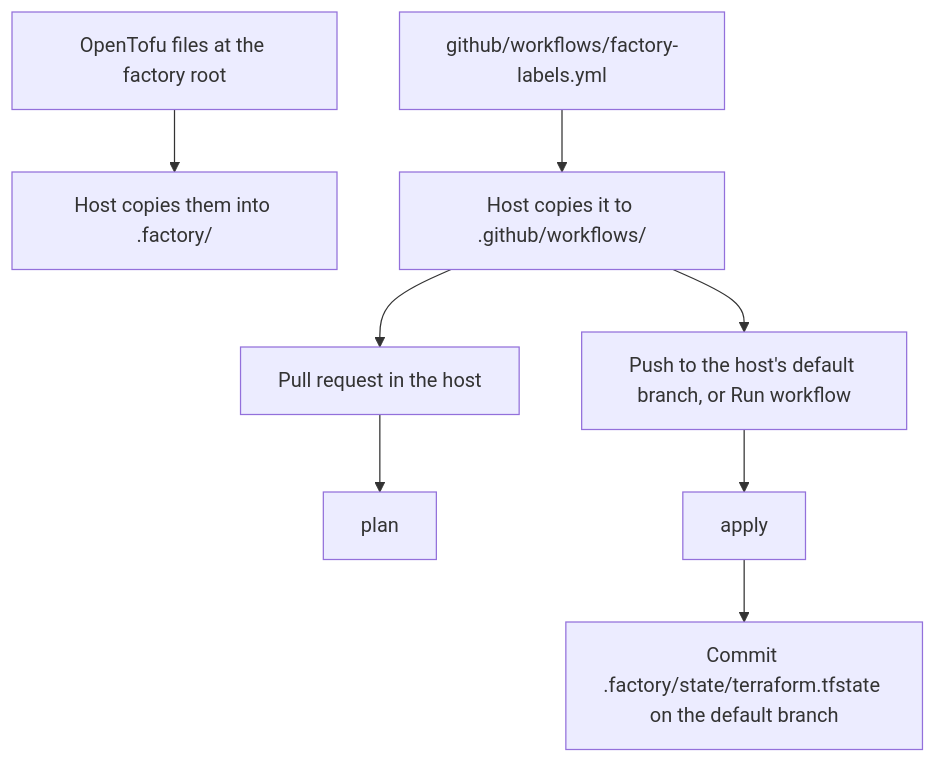
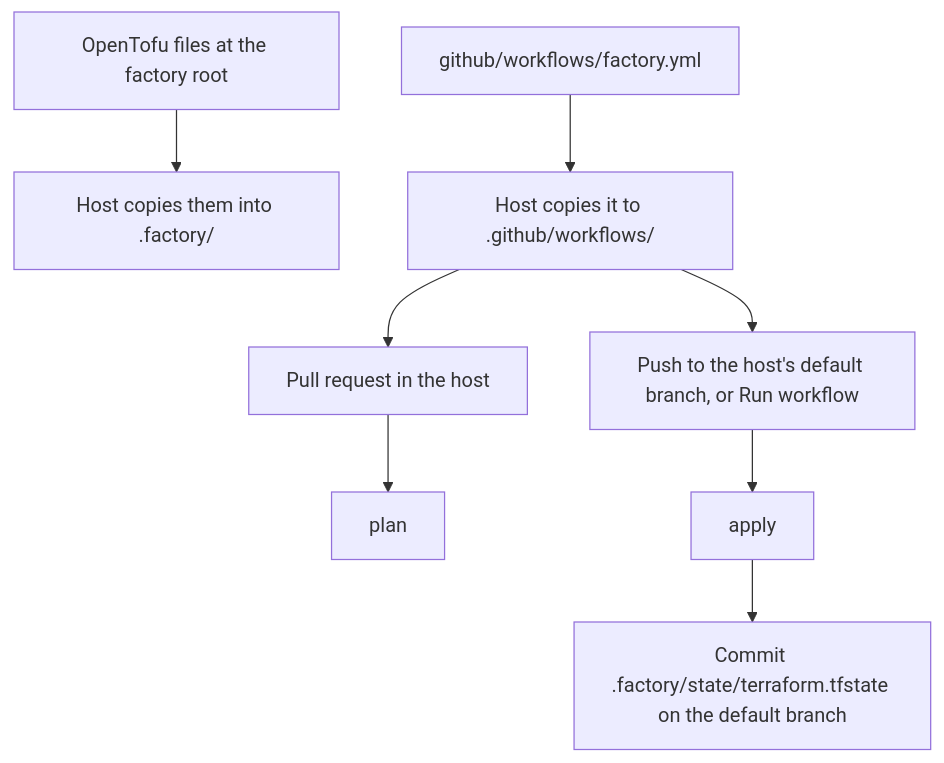
Before and after one commit to TigranOhanyan/github-cursor-factory: the diagram in README.md, drawn with Mermaid. The commit also changed other lines of this file and 1 other file, not shown here.

First line of the commit message:
Rename the host workflow to factory.yml

````diff
--- a/README.md
+++ b/README.md
@@ -46,10 +46,10 @@
 ```mermaid
 flowchart TD
   files["OpenTofu files at the factory root"] --> dotfactory["Host copies them into .factory/"]
-  wf["github/workflows/factory-labels.yml"] --> hostwf["Host copies it to .github/workflows/"]
+  wf["github/workflows/factory.yml"] --> hostwf["Host copies it to .github/workflows/"]
   hostwf --> pr["Pull request in the host"]
   hostwf --> push["Push to the host's default branch, or Run workflow"]
   pr --> plan["plan"]
   push --> apply["apply"]
   apply --> state["Commit .factory/state/terraform.tfstate on the default branch"]
 ```
````
